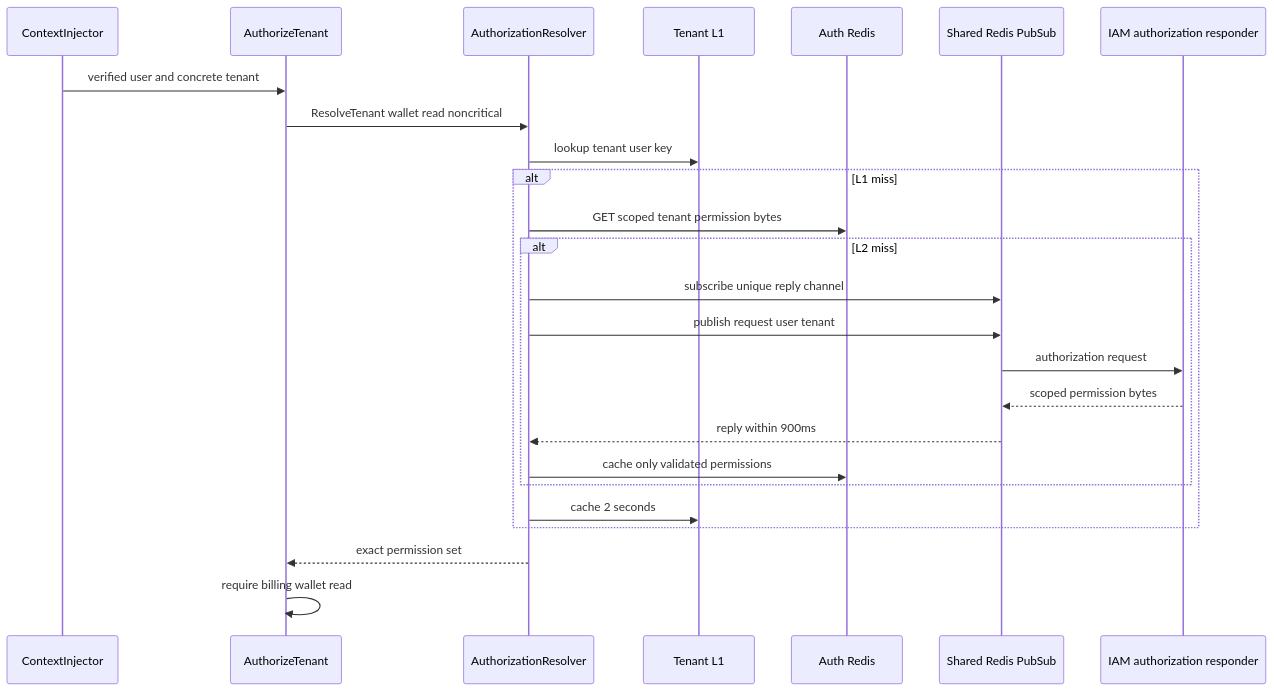
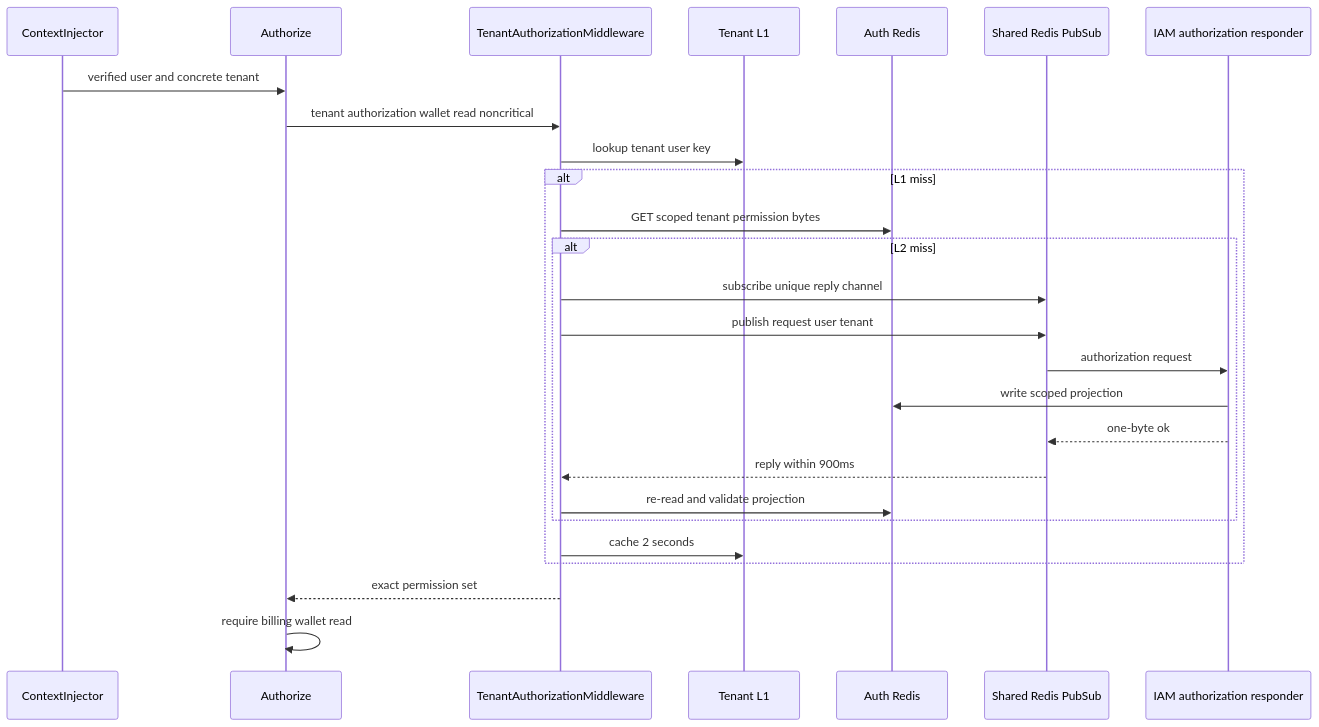
One commit to phucle996/aurora changed the second of 3 diagrams in god_view/billing/billing_tenant_wallet_summary_god_view.md. Above: the diagram before and after it, drawn with Mermaid. The commit also changed other lines of this file and 22 other files, not shown here.

````diff
--- a/god_view/billing/billing_tenant_wallet_summary_god_view.md
+++ b/god_view/billing/billing_tenant_wallet_summary_god_view.md
@@ -84,27 +84,28 @@
 ```mermaid
 sequenceDiagram
     participant CI as ContextInjector
-    participant M as AuthorizeTenant
-    participant AR as AuthorizationResolver
+    participant M as Authorize
+    participant AR as TenantAuthorizationMiddleware
     participant L1 as Tenant L1
     participant L2 as Auth Redis
     participant SR as Shared Redis PubSub
     participant IAM as IAM authorization responder
     CI->>M: verified user and concrete tenant
-    M->>AR: ResolveTenant wallet read noncritical
+    M->>AR: tenant authorization wallet read noncritical
     AR->>L1: lookup tenant user key
     alt L1 miss
         AR->>L2: GET scoped tenant permission bytes
         alt L2 miss
             AR->>SR: subscribe unique reply channel
             AR->>SR: publish request user tenant
             SR->>IAM: authorization request
-            IAM-->>SR: scoped permission bytes
+            IAM->>L2: write scoped projection
+            IAM-->>SR: one-byte ok
             SR-->>AR: reply within 900ms
-            AR->>L2: cache only validated permissions
+            AR->>L2: re-read and validate projection
         end
         AR->>L1: cache 2 seconds
     end
     AR-->>M: exact permission set
     M->>M: require billing wallet read
 ```
````
